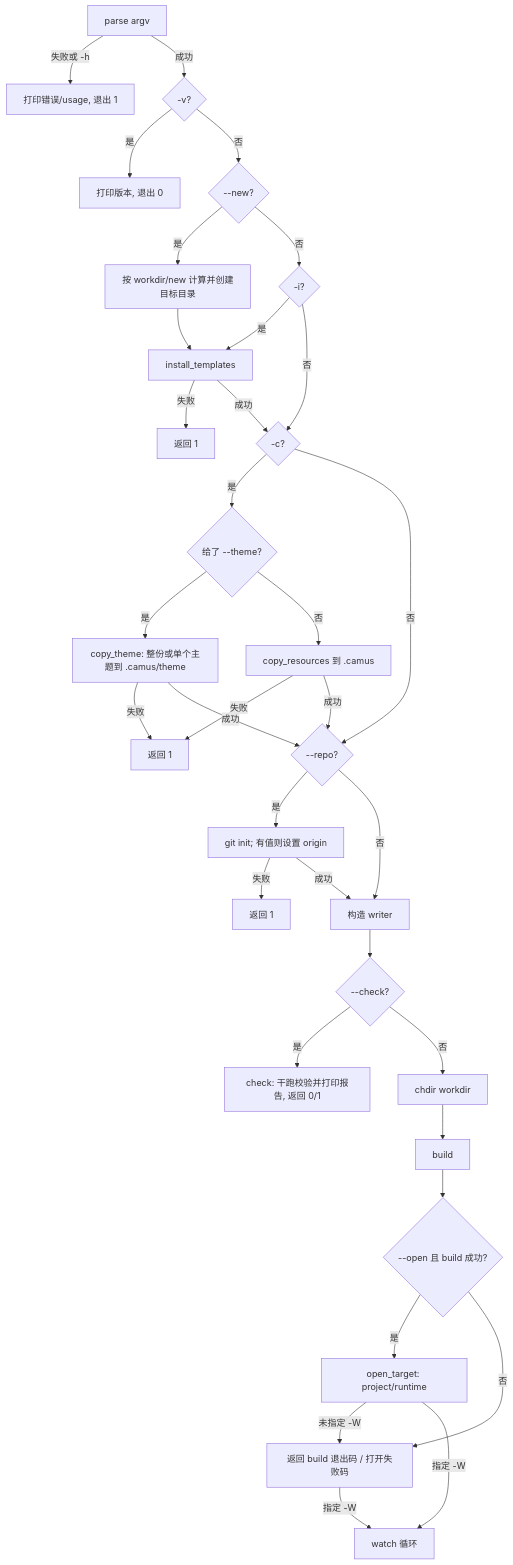
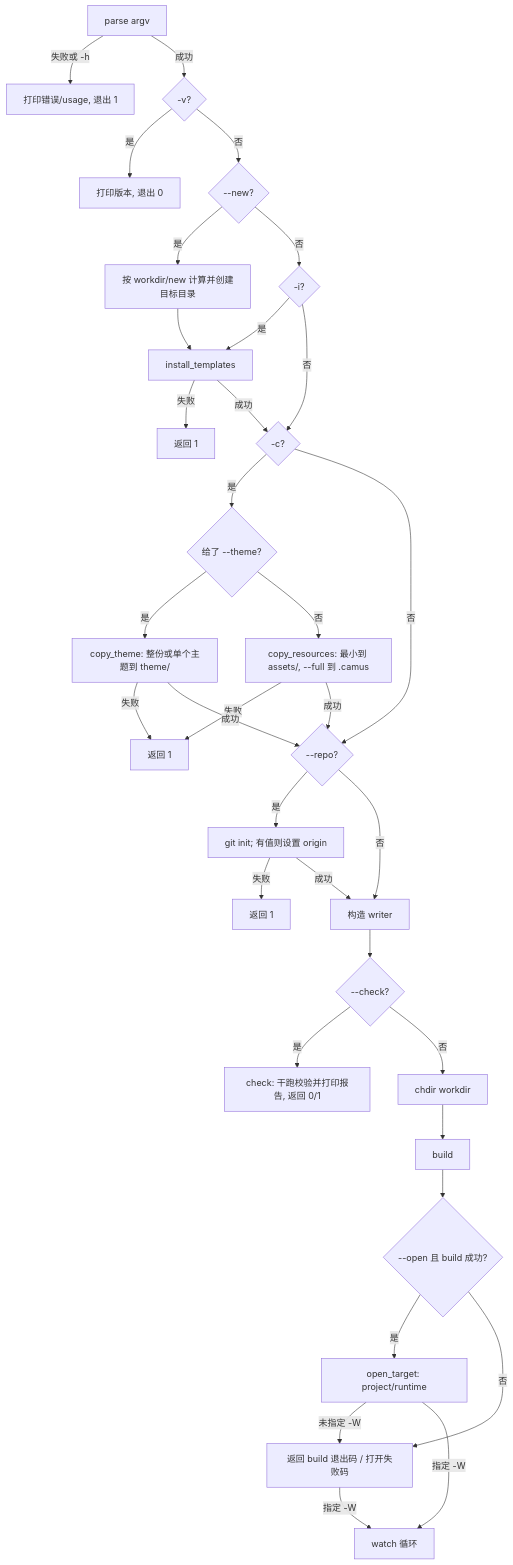
One commit to o8x/camus changed the diagram in docs/prd/02-command-line.md. Above: the diagram before and after it, drawn with Mermaid. The commit also changed other lines of this file and 9 other files, not shown here.

Commit message:
feat: copy minimal resources to workdir root instead of .camus

````diff
--- a/docs/prd/02-command-line.md
+++ b/docs/prd/02-command-line.md
@@ -49,36 +49,36 @@
 ```mermaid
 flowchart TD
     P[parse argv] -->|失败或 -h| H[打印错误/usage, 退出 1]
     P -->|成功| V{-v?}
     V -->|是| VO[打印版本, 退出 0]
     V -->|否| N{--new?}
     N -->|是| NW[按 workdir/new 计算并创建目标目录]
     N -->|否| I{-i?}
     NW --> INS[install_templates]
     I -->|是| INS
     I -->|否| CP{-c?}
     INS -->|失败| IF[返回 1]
     INS -->|成功| CP
     CP -->|是| TH{给了 --theme?}
-    TH -->|是| CT[copy_theme: 整份或单个主题到 .camus/theme]
-    TH -->|否| COPY[copy_resources 到 .camus]
+    TH -->|是| CT[copy_theme: 整份或单个主题到 theme/]
+    TH -->|否| COPY[copy_resources: 最小到 assets/, --full 到 .camus]
     CT -->|失败| CF[返回 1]
     COPY -->|失败| CF
     CT -->|成功| R{--repo?}
     COPY -->|成功| R
     CP -->|否| R
     R -->|是| GIT[git init; 有值则设置 origin]
     GIT -->|失败| GF[返回 1]
     GIT -->|成功| C[构造 writer]
     R -->|否| C
     C --> Q{--check?}
     Q -->|是| CHK[check: 干跑校验并打印报告, 返回 0/1]
     Q -->|否| WD[chdir workdir]
     WD --> B[build]
     B --> O{--open 且 build 成功?}
     O -->|是| OP[open_target: project/runtime]
     O -->|否| RET
     OP -->|未指定 -W| RET[返回 build 退出码 / 打开失败码]
     OP -->|指定 -W| WA[watch 循环]
     RET -->|指定 -W| WA
 ```
````
